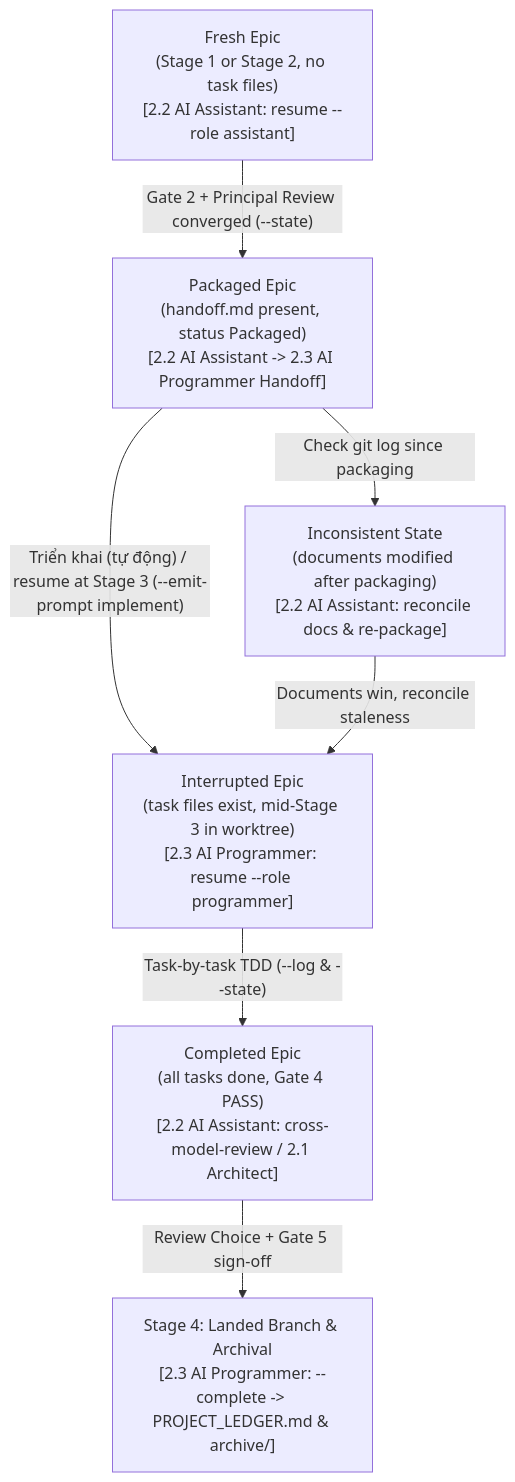
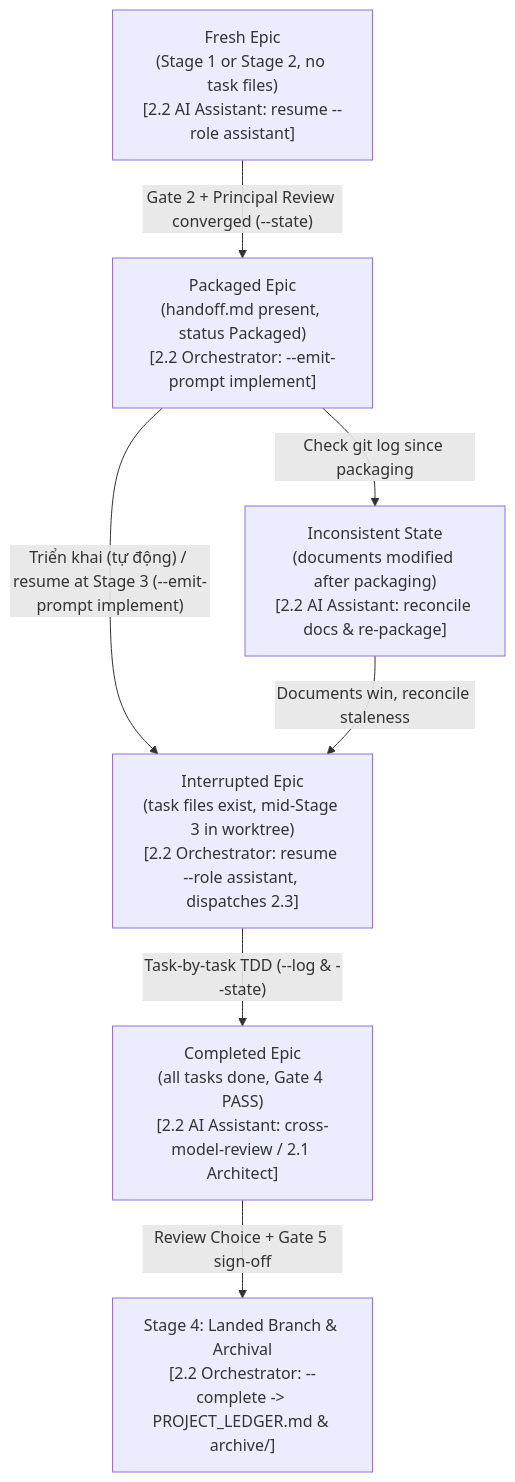
Before and after one commit to DanhDue/ai-agent-tools: the second of 5 diagrams in docs/lifecycles.en.md, drawn with Mermaid. The commit also changed other lines of this file and 8 other files, not shown here.

First line of the commit message:
[TOOLS] Unify AI Assistant as Orchestrator across handoff prompts and skills

````diff
--- a/docs/lifecycles.en.md
+++ b/docs/lifecycles.en.md
@@ -110,16 +110,16 @@
 ```mermaid
 flowchart TD
     FRESH["Fresh Epic<br/>(Stage 1 or Stage 2, no task files)<br/>[2.2 AI Assistant: resume --role assistant]"]
-    PKG["Packaged Epic<br/>(handoff.md present, status Packaged)<br/>[2.2 AI Assistant -> 2.3 AI Programmer Handoff]"]
-    INTR["Interrupted Epic<br/>(task files exist, mid-Stage 3 in worktree)<br/>[2.3 AI Programmer: resume --role programmer]"]
+    PKG["Packaged Epic<br/>(handoff.md present, status Packaged)<br/>[2.2 Orchestrator: --emit-prompt implement]"]
+    INTR["Interrupted Epic<br/>(task files exist, mid-Stage 3 in worktree)<br/>[2.2 Orchestrator: resume --role assistant, dispatches 2.3]"]
     DONE_EPIC["Completed Epic<br/>(all tasks done, Gate 4 PASS)<br/>[2.2 AI Assistant: cross-model-review / 2.1 Architect]"]
     INCON["Inconsistent State<br/>(documents modified after packaging)<br/>[2.2 AI Assistant: reconcile docs &amp; re-package]"]
-    MERGED["Stage 4: Landed Branch &amp; Archival<br/>[2.3 AI Programmer: --complete -> PROJECT_LEDGER.md &amp; archive/]"]
+    MERGED["Stage 4: Landed Branch &amp; Archival<br/>[2.2 Orchestrator: --complete -> PROJECT_LEDGER.md &amp; archive/]"]
 
     FRESH -->|"Gate 2 + Principal Review converged (--state)"| PKG
     PKG -->|"Check git log since packaging"| INCON
     PKG -->|"Triển khai (tự động) / resume at Stage 3 (--emit-prompt implement)"| INTR
     INCON -->|"Documents win, reconcile staleness"| INTR
     INTR -->|"Task-by-task TDD (--log &amp; --state)"| DONE_EPIC
     DONE_EPIC -->|"Review Choice + Gate 5 sign-off"| MERGED
 ```
````
